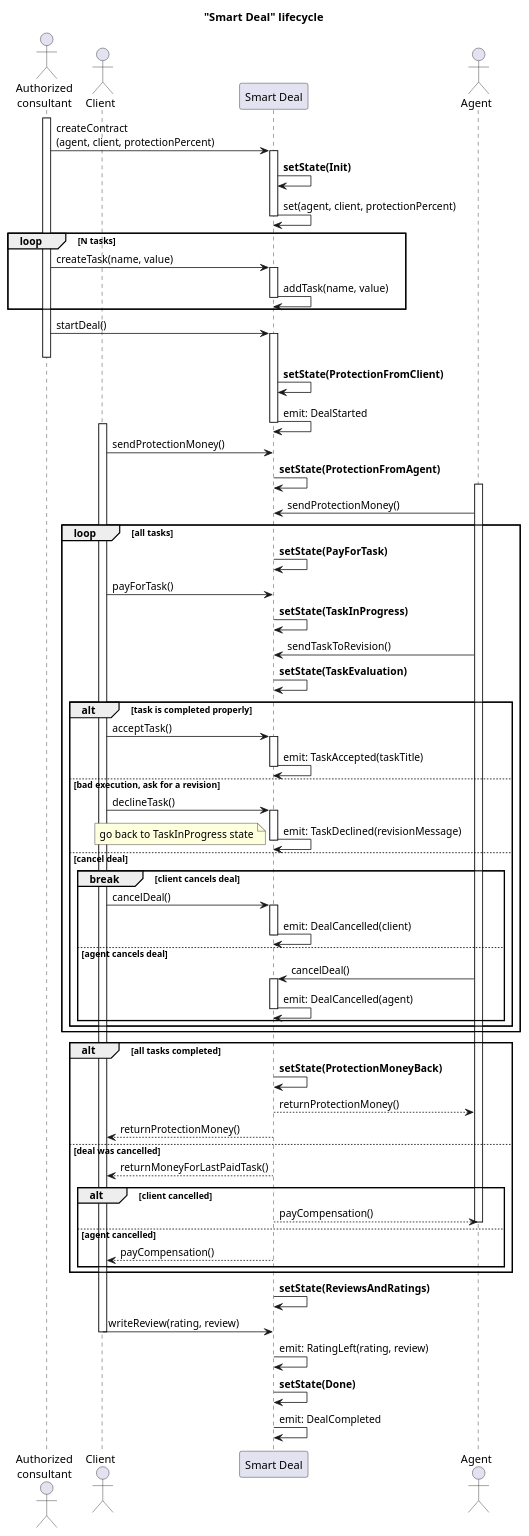
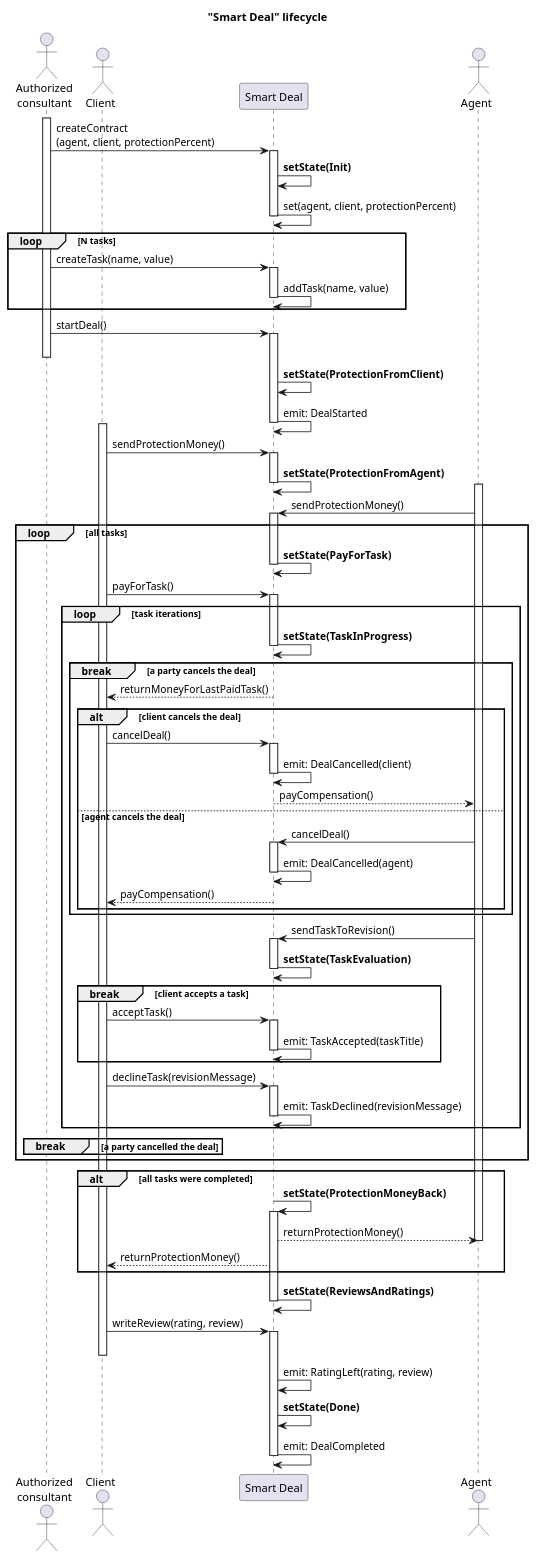
Before and after one commit to dmitrijs-voronovs/SmartDeal: the diagram in diagrams/SequenceDiagram.puml, drawn with PlantUML.

Commit message:
Corrected the diagram

```diff
--- a/diagrams/SequenceDiagram.puml
+++ b/diagrams/SequenceDiagram.puml
@@ -1,89 +1,86 @@
 @startuml
 
 Title "Smart Deal" lifecycle
 
 actor "Authorized\nconsultant" as AC
 actor Client as C
 participant "Smart Deal" as S
 actor Agent as A
 
 activate AC
 AC -> S++: createContract \n(agent, client, protectionPercent)
 
 S -> S: **setState(Init)**
 S -> S--: set(agent, client, protectionPercent)
 loop N tasks
     AC -> S++: createTask(name, value)
     S -> S--: addTask(name, value)
 end
 
 AC -> S++: startDeal()
 deactivate AC
 
 S -> S: **setState(ProtectionFromClient)**
 S -> S--: emit: DealStarted
 
 activate C
-C -> S: sendProtectionMoney()
+C -> S++: sendProtectionMoney()
 
-S -> S: **setState(ProtectionFromAgent)**
+S -> S--: **setState(ProtectionFromAgent)**
 activate A
-A -> S: sendProtectionMoney()
+A -> S++: sendProtectionMoney()
 
 loop all tasks
-    S -> S: **setState(PayForTask)**
-    C -> S: payForTask()
+    S -> S--: **setState(PayForTask)**
+    C -> S++: payForTask()
 
-    ' introduce another loop????
-    S -> S: **setState(TaskInProgress)**
-    A -> S: sendTaskToRevision()
+    loop task iterations
+        S -> S--: **setState(TaskInProgress)**
 
-    S -> S: **setState(TaskEvaluation)**
-    alt task is completed properly
-        C -> S++: acceptTask()
-        S -> S--: emit: TaskAccepted(taskTitle)
+        break a party cancels the deal
+            S --> C: returnMoneyForLastPaidTask()
 
-    else bad execution, ask for a revision
-        C -> S++: declineTask()
+            alt client cancels the deal
+                C -> S++: cancelDeal()
+                S -> S--: emit: DealCancelled(client)
+                S --> A: payCompensation()
+            else agent cancels the deal
+                A -> S++: cancelDeal()
+                S -> S--: emit: DealCancelled(agent)
+                S --> C: payCompensation()
+            end
+        end
+
+        A -> S++: sendTaskToRevision()
+
+        S -> S--: **setState(TaskEvaluation)**
+
+        break client accepts a task
+            C -> S++: acceptTask()
+            S -> S--: emit: TaskAccepted(taskTitle)
+        end
+
+        C -> S++: declineTask(revisionMessage)
         S -> S--: emit: TaskDeclined(revisionMessage)
-        note left
-        go back to TaskInProgress state
-        end note
+    end
 
-    else cancel deal
-        break client cancels deal
-            C -> S++: cancelDeal()
-            S -> S--: emit: DealCancelled(client)
-        else agent cancels deal
-            A -> S++: cancelDeal()
-            S -> S--: emit: DealCancelled(agent)
-        end
+    break a party cancelled the deal
     end
 end
 
-alt all tasks completed
-    S -> S: **setState(ProtectionMoneyBack)**
+alt all tasks were completed
+    S -> S++: **setState(ProtectionMoneyBack)**
     S --> A: returnProtectionMoney()
+    deactivate A
     S --> C: returnProtectionMoney()
-
-else deal was cancelled
-    S --> C: returnMoneyForLastPaidTask()
-
-    alt client cancelled
-        S --> A: payCompensation()
-        deactivate A
-
-    else agent cancelled
-        S --> C: payCompensation()
-    end
 end
 
-S -> S: **setState(ReviewsAndRatings)**
-C -> S: writeReview(rating, review)
+S -> S--: **setState(ReviewsAndRatings)**
+C -> S++: writeReview(rating, review)
 deactivate C
 S -> S: emit: RatingLeft(rating, review)
 
 S -> S: **setState(Done)**
-S -> S: emit: DealCompleted
+S -> S--: emit: DealCompleted
 
 @enduml
```
